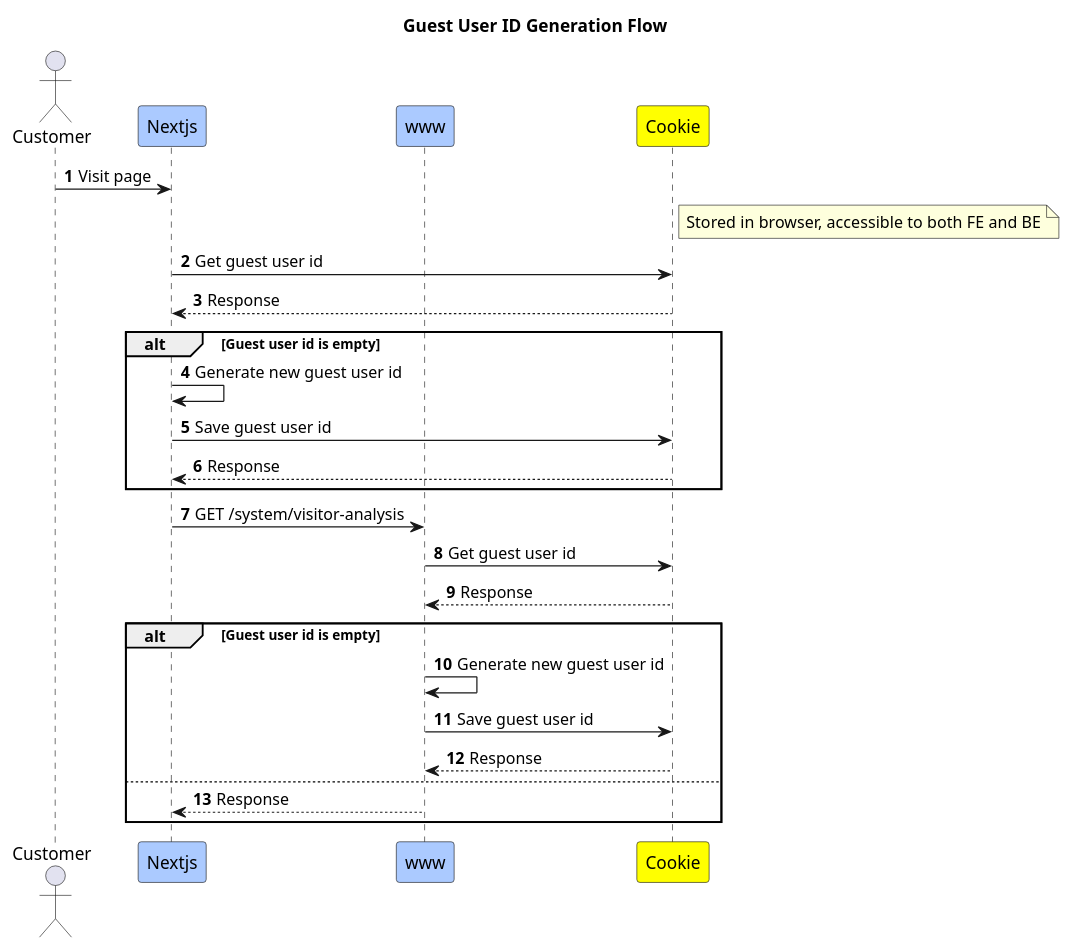
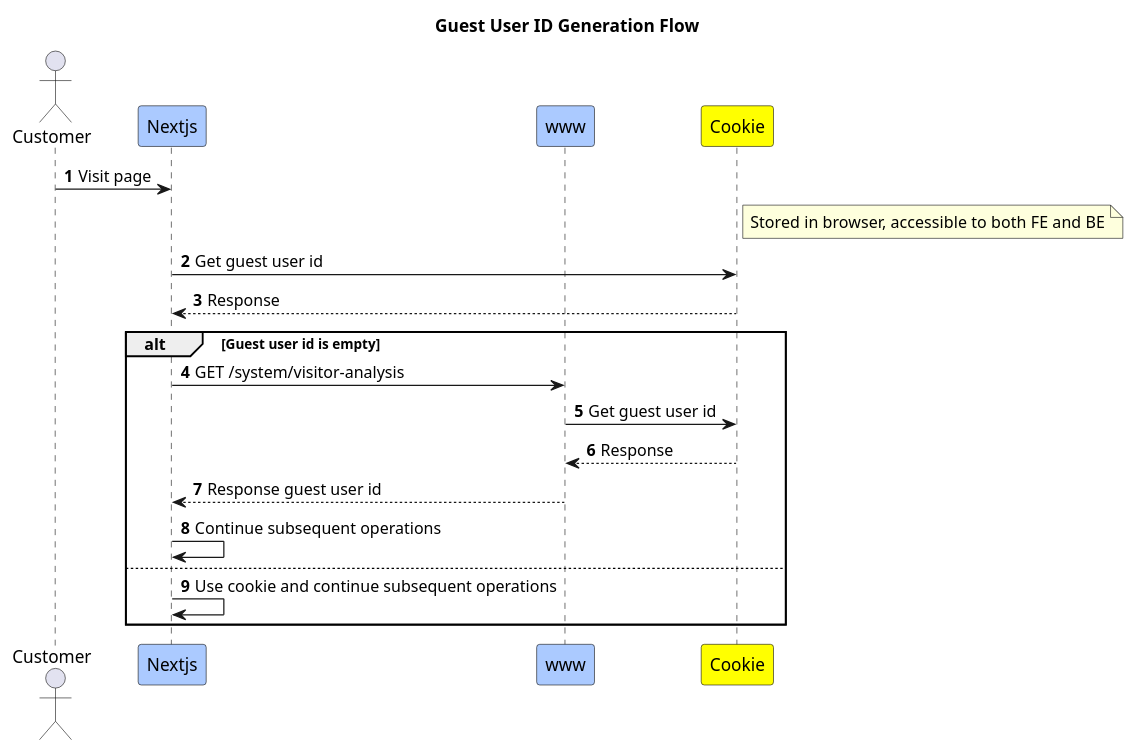
The diagram in Guest user id.puml (Jayounger/EyeMed-Sequence-Diagram), drawn with PlantUML before and after one commit. The commit also changed 4 other files, not shown here.

```diff
--- a/Guest user id.puml
+++ b/Guest user id.puml
@@ -1,35 +1,28 @@
 @startuml
 title Guest User ID Generation Flow
 
 actor Customer
 participant Nextjs #abcaff
 participant "www" #abcaff
 participant "Cookie" as Cookie #yellow
 
 autonumber
 
 Customer -> Nextjs: Visit page
 note right of Cookie
   Stored in browser, accessible to both FE and BE
 end note
 Nextjs -> Cookie: Get guest user id
 Cookie --> Nextjs: Response
 alt Guest user id is **empty**
-    Nextjs -> Nextjs: Generate new guest user id
-    Nextjs -> Cookie: Save guest user id
-    Cookie --> Nextjs: Response
-end
-
-Nextjs -> www: GET /system/visitor-analysis
-www -> Cookie: Get guest user id
-Cookie --> www: Response
-alt Guest user id is **empty**
-    www -> www: Generate new guest user id
-    www -> Cookie: Save guest user id
+    Nextjs -> www: GET /system/visitor-analysis
+    www -> Cookie: Get guest user id
     Cookie --> www: Response
+    www --> Nextjs: Response guest user id
+    Nextjs -> Nextjs: Continue subsequent operations
 else
-    www --> Nextjs: Response
+    Nextjs -> Nextjs: Use cookie and continue subsequent operations
 end
 
 
 @enduml
```
